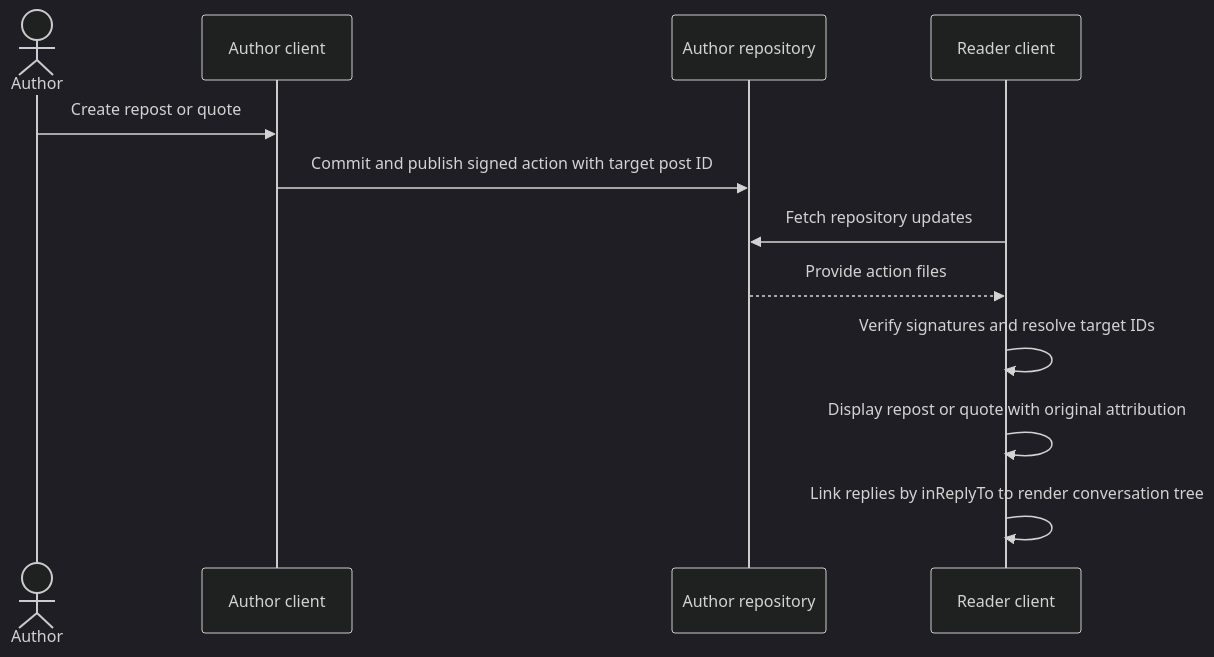
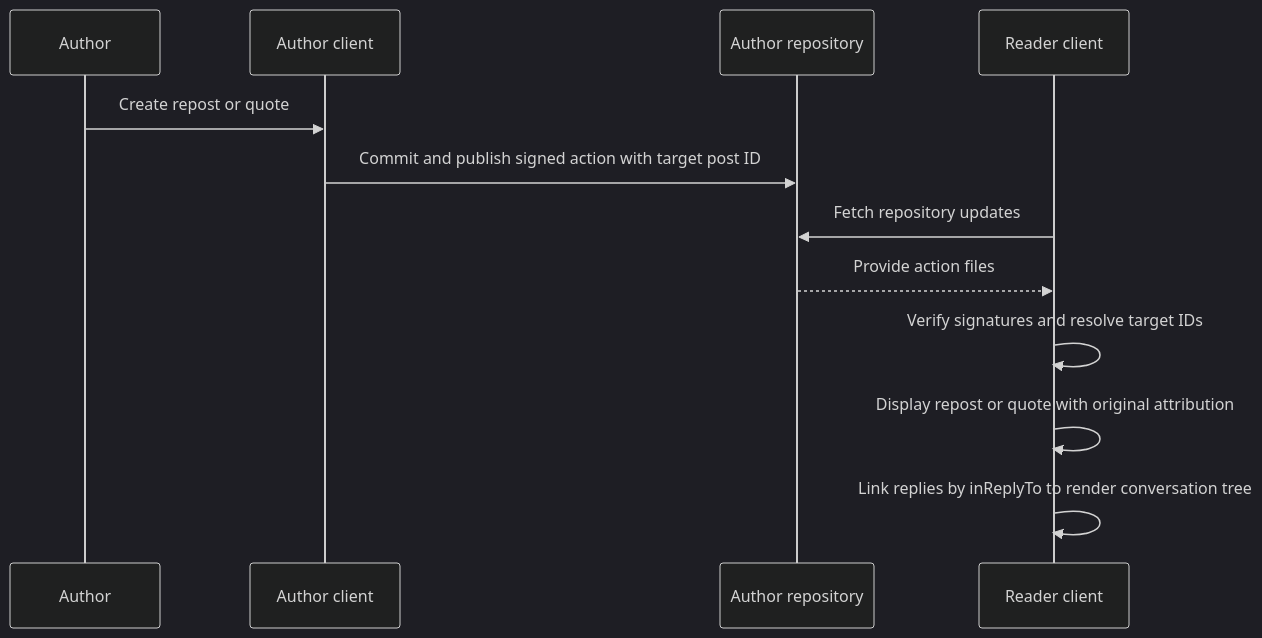
Before and after one commit to gargster/ELEC4712_Decentralised_Blog: diagram 13 of 17 in latest_design.md, drawn with Mermaid (dark theme). The commit also changed other lines of this file and 2 other files, not shown here.

````diff
--- a/latest_design.md
+++ b/latest_design.md
@@ -625,15 +625,15 @@
 ```mermaid
 sequenceDiagram
-    actor Author
+    participant Author as Author
     participant Client as Author client
     participant Repo as Author repository
     participant Reader as Reader client
 
     Author->>Client: Create repost or quote
     Client->>Repo: Commit and publish signed action with target post ID
     Reader->>Repo: Fetch repository updates
     Repo-->>Reader: Provide action files
     Reader->>Reader: Verify signatures and resolve target IDs
     Reader->>Reader: Display repost or quote with original attribution
     Reader->>Reader: Link replies by inReplyTo to render conversation tree
 ```
````
